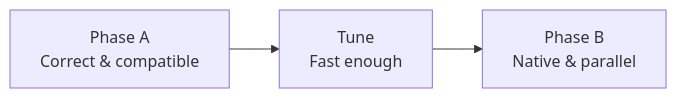
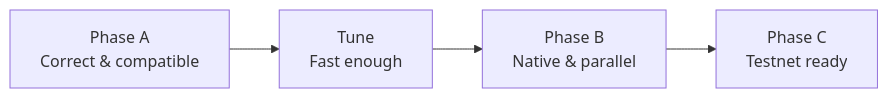
One commit to dewnetwork/dew changed the first of 2 diagrams in docs/overview/vision.md. Above: the diagram before and after it, drawn with Mermaid. The commit also changed 3 other files, not shown here.

First line of the commit message:
docs: define Phase C testnet readiness roadmap

````diff
--- a/docs/overview/vision.md
+++ b/docs/overview/vision.md
@@ -49,5 +49,6 @@
 ```mermaid
 flowchart LR
   A[Phase A<br/>Correct & compatible] --> T[Tune<br/>Fast enough]
   T --> B[Phase B<br/>Native & parallel]
+  B --> C[Phase C<br/>Testnet ready]
 ```
````
